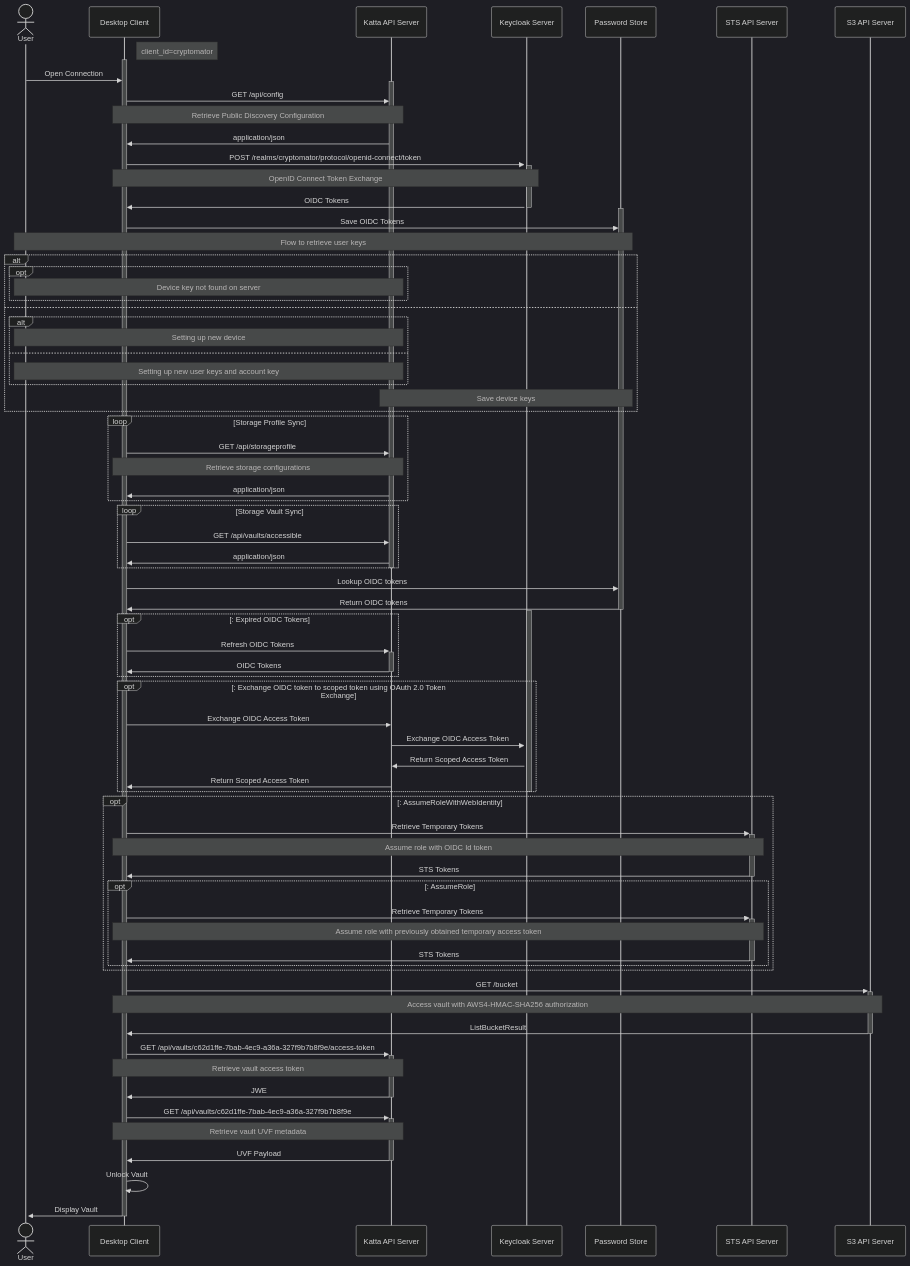
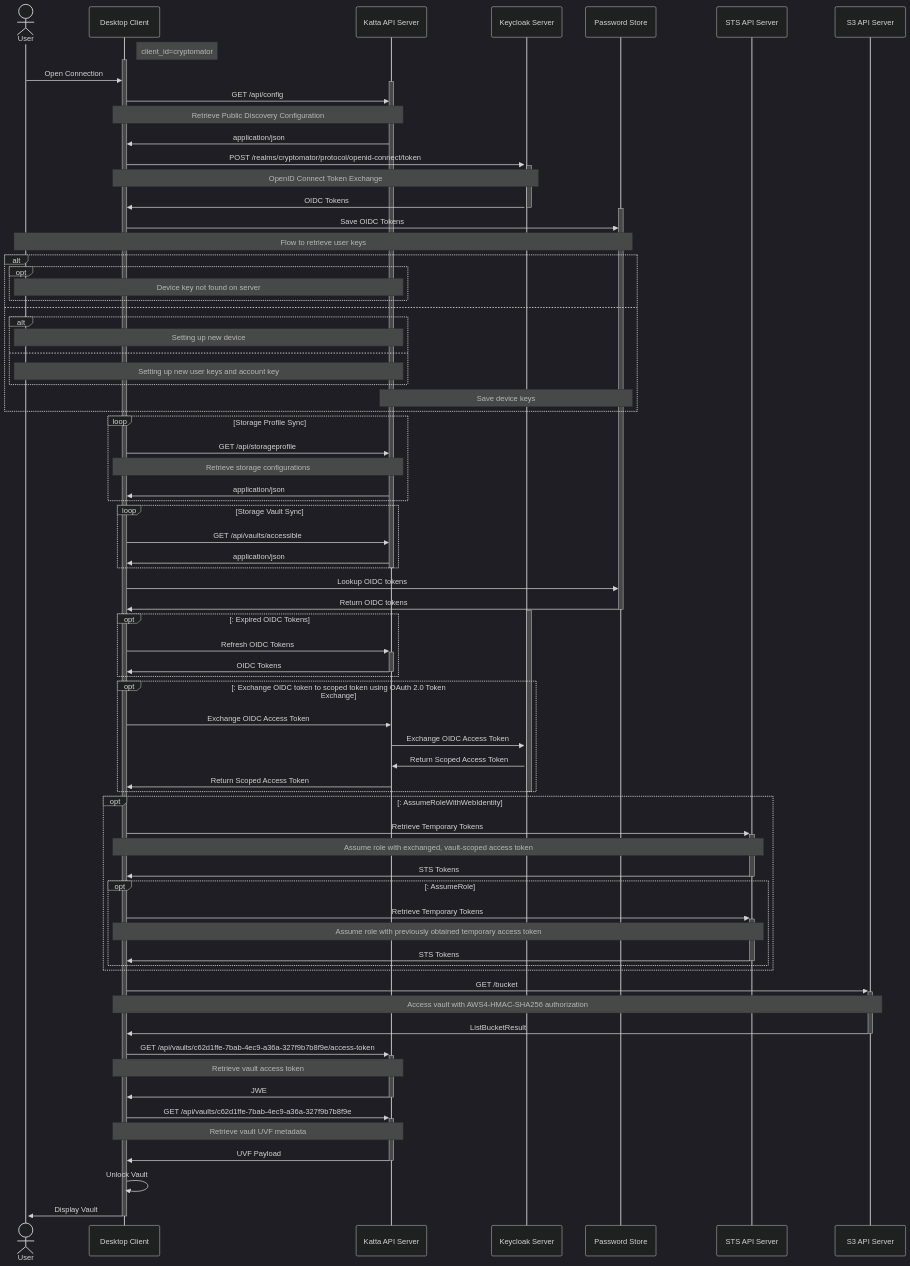
One commit to shift7-ch/katta-docs changed the second of 2 diagrams in docs/arch/ARCHITECTURE.md. Above: the diagram before and after it, drawn with Mermaid (dark theme). The commit also changed other lines of this file and 8 other files, not shown here.

```diff
--- a/docs/arch/ARCHITECTURE.md
+++ b/docs/arch/ARCHITECTURE.md
@@ -178,7 +178,7 @@
     opt : AssumeRoleWithWebIdentity
         participant sts as STS API Server
         client ->>+ sts: Retrieve Temporary Tokens
-        Note over client, sts: Assume role with OIDC Id token
+        Note over client, sts: Assume role with exchanged, vault-scoped access token
         sts ->>- client: STS Tokens
         opt : AssumeRole
             client ->>+ sts: Retrieve Temporary Tokens
```
